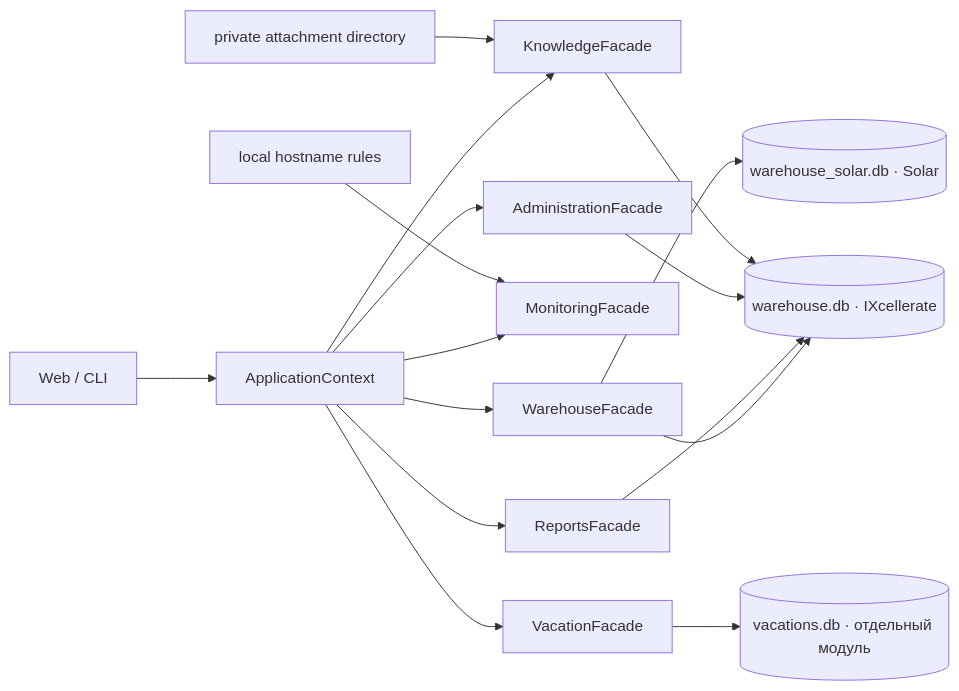
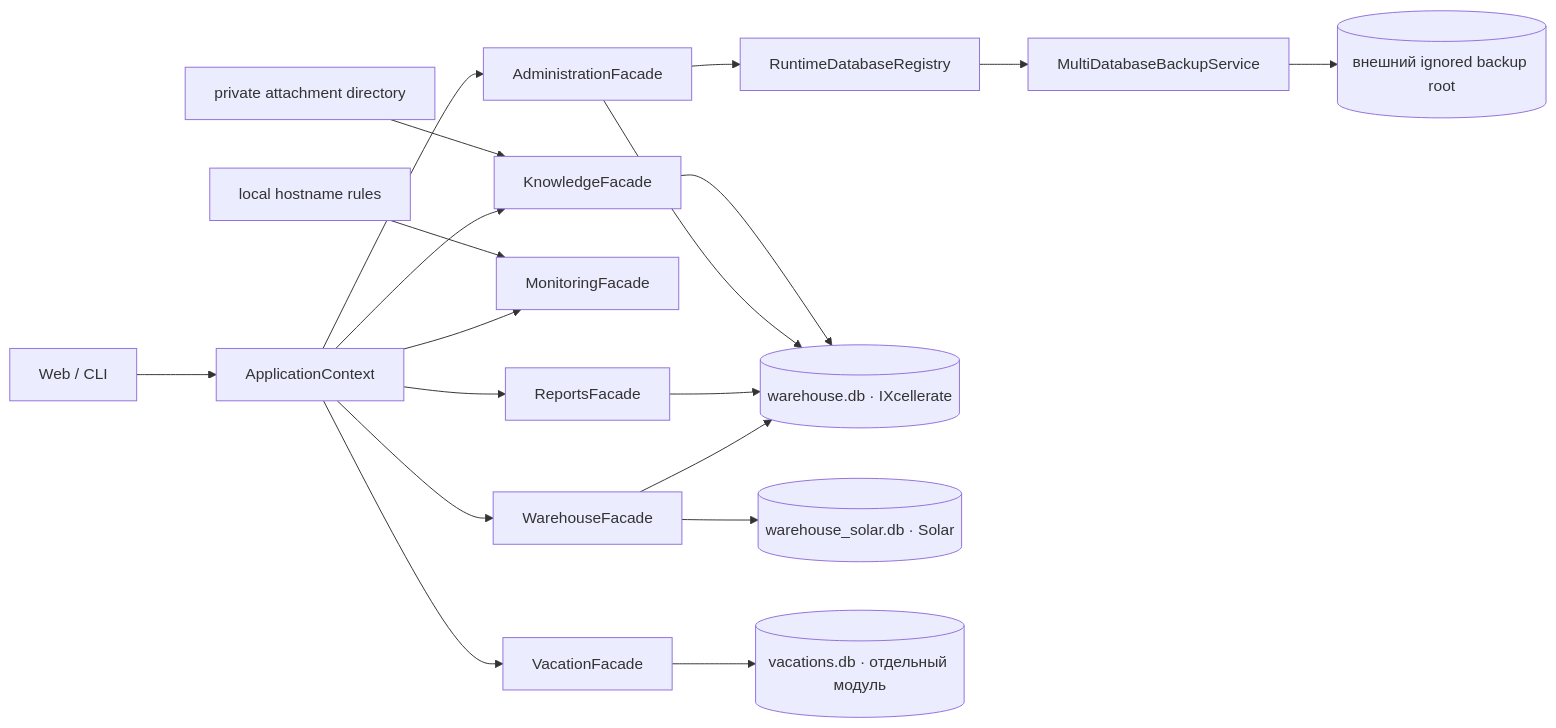
One commit to lokolis28282/prak_mai changed the diagram in README.md. Above: the diagram before and after it, drawn with Mermaid. The commit also changed other lines of this file and 42 other files, not shown here.

Commit message:
feat: add safe multi-database backup snapshots

````diff
--- a/README.md
+++ b/README.md
@@ -194,18 +194,21 @@
 ```mermaid
 flowchart LR
   UI["Web / CLI"] --> C["ApplicationContext"]
   C --> W["WarehouseFacade"]
   C --> R["ReportsFacade"]
   C --> M["MonitoringFacade"]
   C --> K["KnowledgeFacade"]
   C --> V["VacationFacade"]
   C --> A["AdministrationFacade"]
+  A --> REG["RuntimeDatabaseRegistry"]
+  REG --> BS["MultiDatabaseBackupService"]
   W --> IX[("warehouse.db · IXcellerate")]
   W --> SOL[("warehouse_solar.db · Solar")]
   R --> IX
   A --> IX
   K --> IX
   V --> VDB[("vacations.db · отдельный модуль")]
+  BS --> EXT[("внешний ignored backup root")]
   Uploads["private attachment directory"] --> K
   Rules["local hostname rules"] --> M
 ```
````
